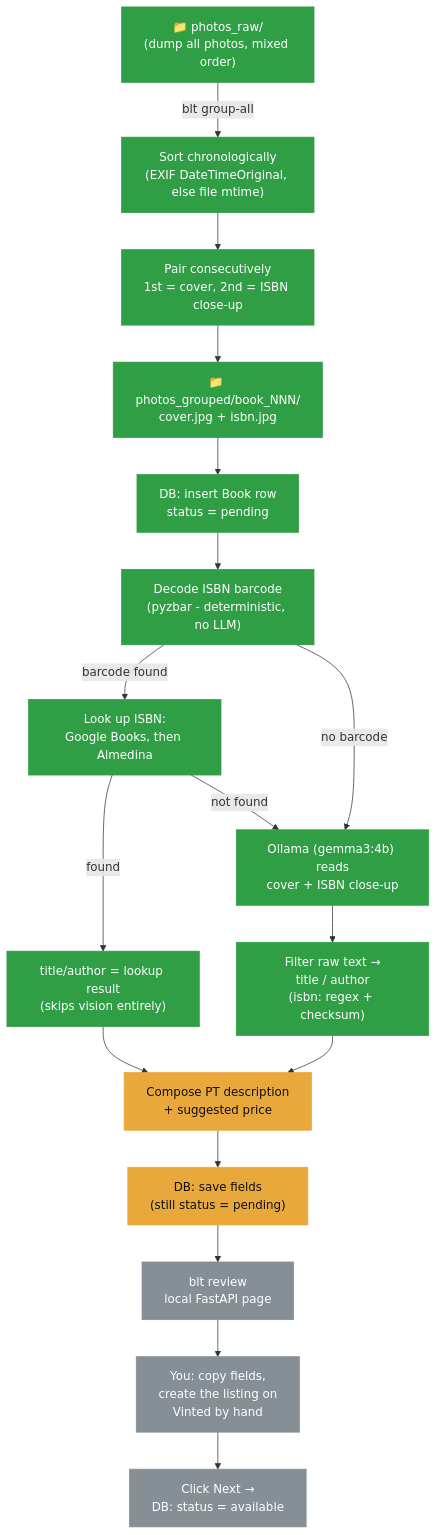
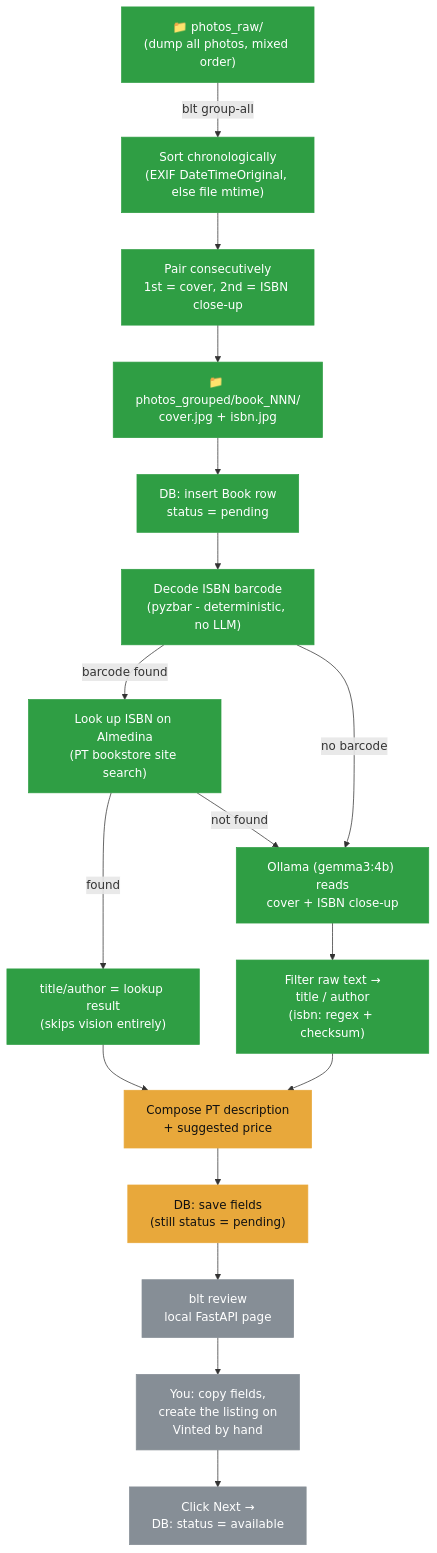
The diagram in README.md (gab-es21/book-listing-automation), drawn with Mermaid before and after one commit. The commit also changed other lines of this file and 6 other files, not shown here.

First line of the commit message:
Remove Google Books - unreliable, superseded by barcode+Almedina

````diff
--- a/README.md
+++ b/README.md
@@ -13,31 +13,31 @@
 ```mermaid
 flowchart TD
     A["📁 photos_raw/\n(dump all photos, mixed order)"] -->|"blt group-all"| B["Sort chronologically\n(EXIF DateTimeOriginal, else file mtime)"]
     B --> C["Pair consecutively\n1st = cover, 2nd = ISBN close-up"]
     C --> D["📁 photos_grouped/book_NNN/\ncover.jpg + isbn.jpg"]
     D --> E["DB: insert Book row\nstatus = pending"]
 
     E --> F["Decode ISBN barcode\n(pyzbar - deterministic, no LLM)"]
-    F -->|"barcode found"| G["Look up ISBN:\nGoogle Books, then Almedina"]
+    F -->|"barcode found"| G["Look up ISBN on Almedina\n(PT bookstore site search)"]
     G -->|"found"| H1["title/author = lookup result\n(skips vision entirely)"]
     G -->|"not found"| F2
     F -->|"no barcode"| F2["Ollama (gemma3:4b) reads\ncover + ISBN close-up"]
     F2 --> G2["Filter raw text →\ntitle / author\n(isbn: regex + checksum)"]
 
     H1 --> I["Compose PT description\n+ suggested price"]
     G2 --> I
     I --> J["DB: save fields\n(still status = pending)"]
 
     J --> K["blt review\nlocal FastAPI page"]
     K --> L["You: copy fields,\ncreate the listing on\nVinted by hand"]
     L --> M["Click Next →\nDB: status = available"]
 
     class A,B,C,D,E,F,G,H1,F2,G2 done
     class I building
     class J building
     class K,L,M todo
 
     classDef done fill:#2f9e44,color:#fff,stroke:#2f9e44
     classDef building fill:#e8a83b,color:#111,stroke:#e8a83b
     classDef todo fill:#868e96,color:#fff,stroke:#868e96
 ```
````
